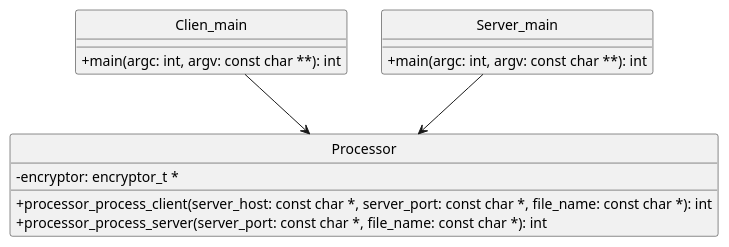
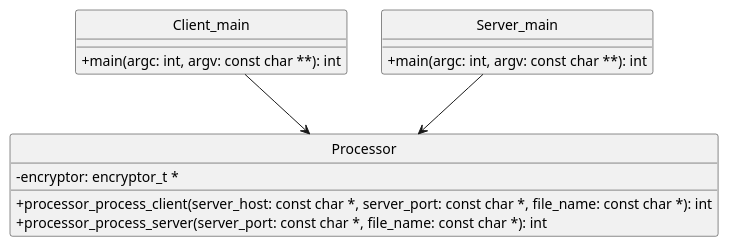
Before and after one commit to Alex1161/tp1: the diagram in Diagramas/Puml/processor.puml, drawn with PlantUML. The commit also changed 4 other files, not shown here.

```diff
--- a/Diagramas/Puml/processor.puml
+++ b/Diagramas/Puml/processor.puml
@@ -1,23 +1,23 @@
 @startuml processor_superior
 hide circles
 skinparam ClassAttributeIconSize 0
 hide interface fields
 
 class Processor{
     -encryptor: encryptor_t *
     +processor_process_client(server_host: const char *, server_port: const char *, file_name: const char *): int
     +processor_process_server(server_port: const char *, file_name: const char *): int
 }
 
-Class Clien_main{
+Class Client_main{
     +main(argc: int, argv: const char **): int
 }
 
 Class Server_main{
     +main(argc: int, argv: const char **): int
 }
 
-Clien_main --> Processor
+Client_main --> Processor
 Server_main --> Processor
 
 @enduml
```
